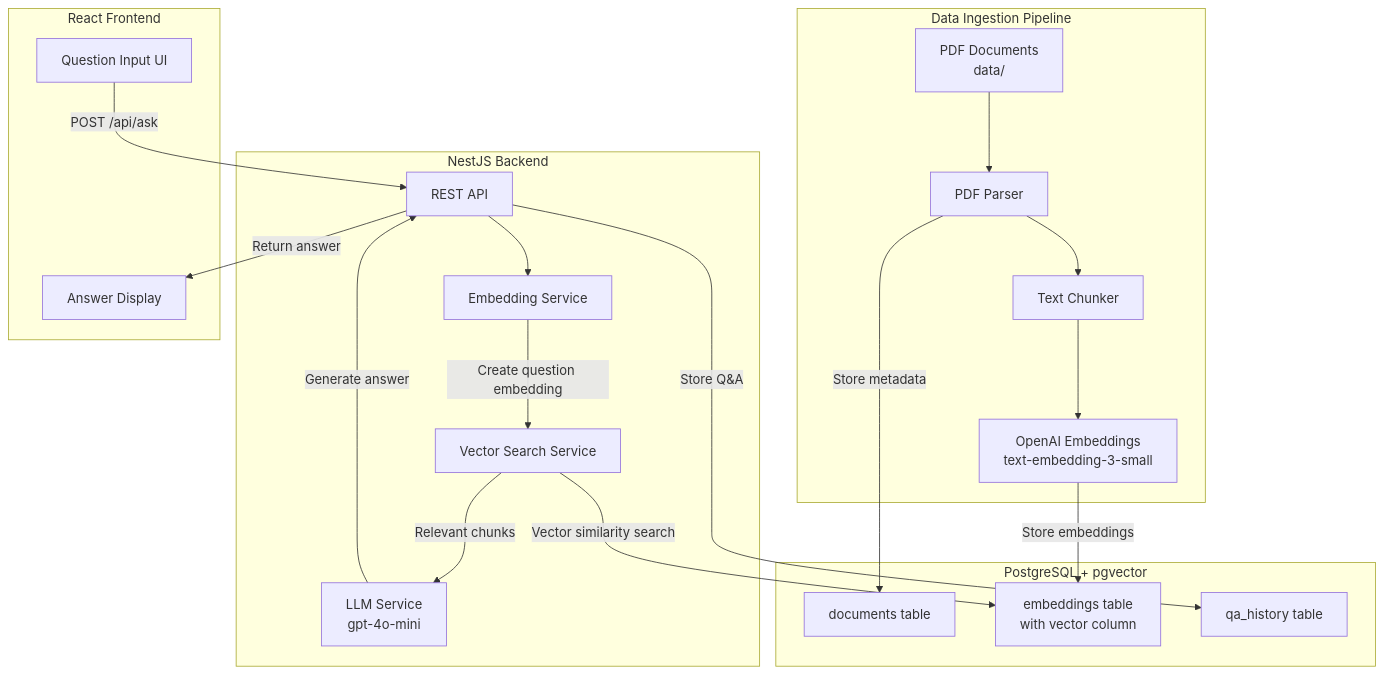
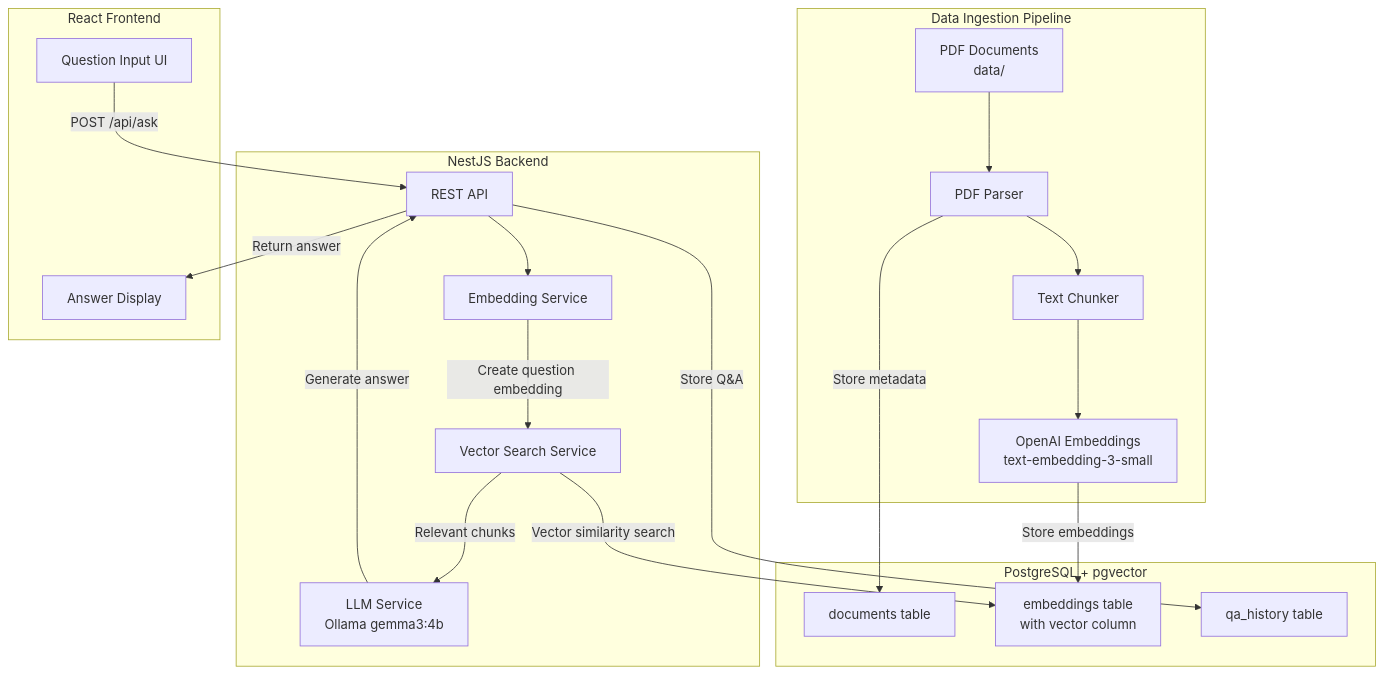
One commit to Sanan4li/MS_AI_NLP_PROJECT changed the first of 3 diagrams in diagrams/qa_system_architecture_85c97fbf.plan.md. Above: the diagram before and after it, drawn with Mermaid. The commit also changed other lines of this file and 37 other files, not shown here.

Commit message:
implemented ollama with gemma3

````diff
--- a/diagrams/qa_system_architecture_85c97fbf.plan.md
+++ b/diagrams/qa_system_architecture_85c97fbf.plan.md
@@ -15,40 +15,40 @@
 ```mermaid
 flowchart TB
     subgraph DataIngestion [Data Ingestion Pipeline]
         PDFs["PDF Documents<br/>data/"]
         Parser["PDF Parser"]
         Chunker["Text Chunker"]
         EmbedGen["OpenAI Embeddings<br/>text-embedding-3-small"]
         PDFs --> Parser --> Chunker --> EmbedGen
     end
 
     subgraph Database [PostgreSQL + pgvector]
         DocTable["documents table"]
         EmbedTable["embeddings table<br/>with vector column"]
         QATable["qa_history table"]
     end
 
     subgraph Backend [NestJS Backend]
         API["REST API"]
         EmbedService["Embedding Service"]
         SearchService["Vector Search Service"]
-        LLMService["LLM Service<br/>gpt-4o-mini"]
+        LLMService["LLM Service<br/>Ollama gemma3:4b"]
     end
 
     subgraph Frontend [React Frontend]
         UI["Question Input UI"]
         Display["Answer Display"]
     end
 
     EmbedGen -->|"Store embeddings"| EmbedTable
     Parser -->|"Store metadata"| DocTable
 
     UI -->|"POST /api/ask"| API
     API --> EmbedService
     EmbedService -->|"Create question embedding"| SearchService
     SearchService -->|"Vector similarity search"| EmbedTable
     SearchService -->|"Relevant chunks"| LLMService
     LLMService -->|"Generate answer"| API
     API -->|"Store Q&A"| QATable
     API -->|"Return answer"| Display
 ```
````
